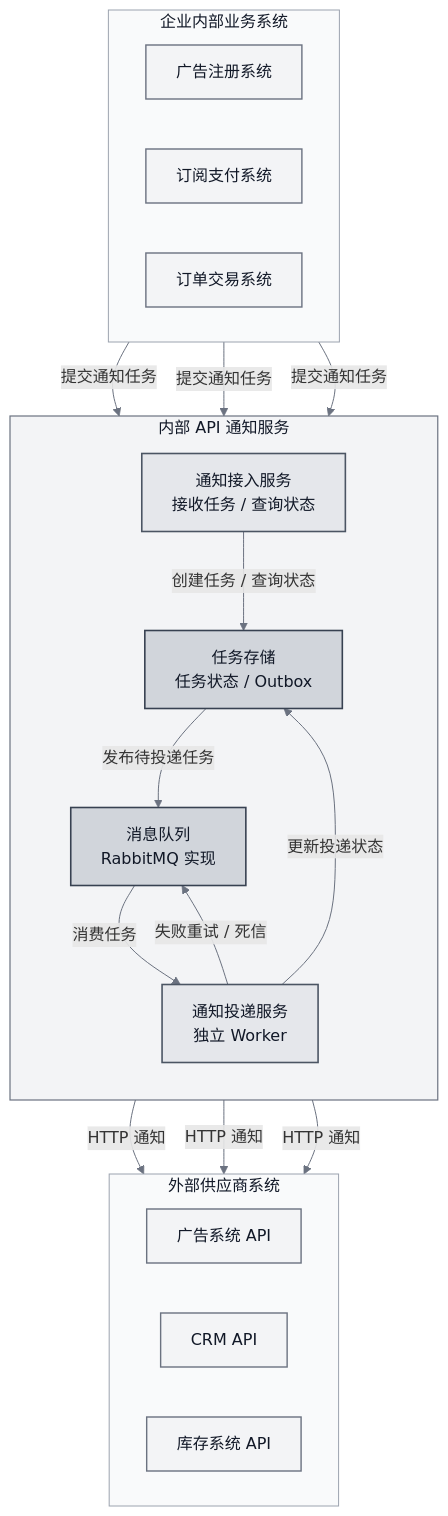
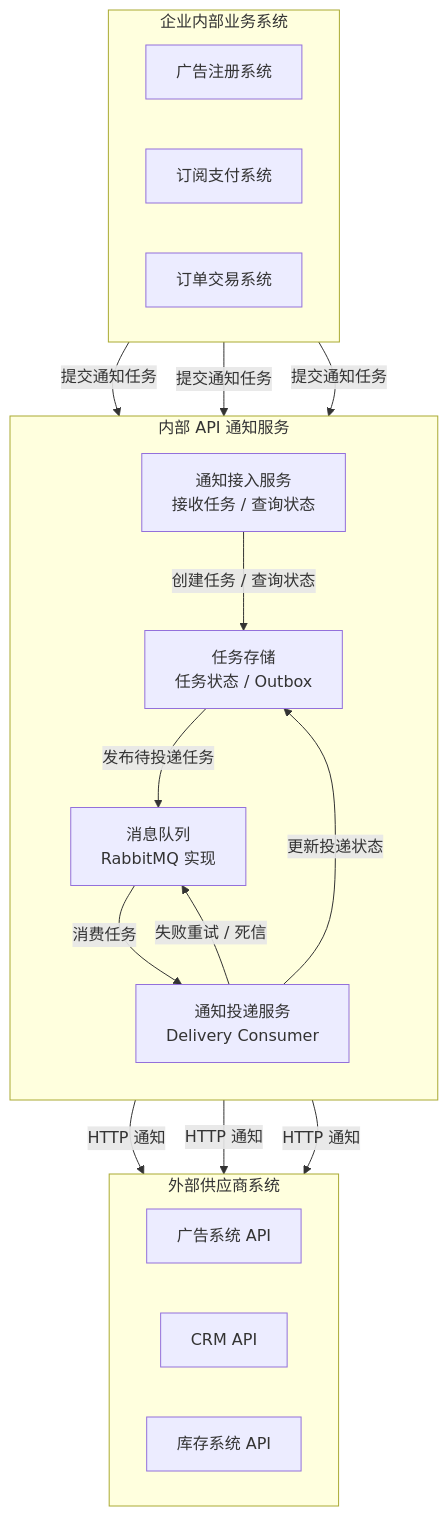
The first of 5 diagrams in README.md (wuqiaohua/rc_wuqiaohua), drawn with Mermaid before and after one commit. The commit also changed other lines of this file and 35 other files, not shown here.

````diff
--- a/README.md
+++ b/README.md
@@ -53,47 +34,36 @@
 ```mermaid
 flowchart TB
     subgraph Internal["企业内部业务系统"]
         direction LR
         BizA["广告注册系统"]
         BizB["订阅支付系统"]
         BizC["订单交易系统"]
     end
 
     subgraph Notify["内部 API 通知服务"]
         direction TB
         API["通知接入服务<br/>接收任务 / 查询状态"]
         Store["任务存储<br/>任务状态 / Outbox"]
         Queue["消息队列<br/>RabbitMQ 实现"]
-        Worker["通知投递服务<br/>独立 Worker"]
+        Worker["通知投递服务<br/>Delivery Consumer"]
     end
 
     subgraph External["外部供应商系统"]
         direction LR
         Ads["广告系统 API"]
         CRM["CRM API"]
         Stock["库存系统 API"]
     end
 
     BizA -->|提交通知任务| API
     BizB -->|提交通知任务| API
     BizC -->|提交通知任务| API
     API -->|创建任务 / 查询状态| Store
     Store -->|发布待投递任务| Queue
     Queue -->|消费任务| Worker
     Worker -->|更新投递状态| Store
     Worker -->|失败重试 / 死信| Queue
     Worker -->|HTTP 通知| Ads
     Worker -->|HTTP 通知| CRM
     Worker -->|HTTP 通知| Stock
-
-    classDef system fill:#f3f4f6,stroke:#6b7280,stroke-width:1.4px,color:#111827;
-    classDef service fill:#e5e7eb,stroke:#4b5563,stroke-width:1.6px,color:#111827;
-    classDef infra fill:#d1d5db,stroke:#374151,stroke-width:1.6px,color:#111827;
-    class BizA,BizB,BizC,Ads,CRM,Stock system;
-    class API,Worker service;
-    class Store,Queue infra;
-    style Internal fill:#f9fafb,stroke:#9ca3af,stroke-width:1px,color:#111827;
-    style Notify fill:#f3f4f6,stroke:#6b7280,stroke-width:1.2px,color:#111827;
-    style External fill:#f9fafb,stroke:#9ca3af,stroke-width:1px,color:#111827;
-    linkStyle default stroke:#6b7280,stroke-width:1px;
 ```
````
